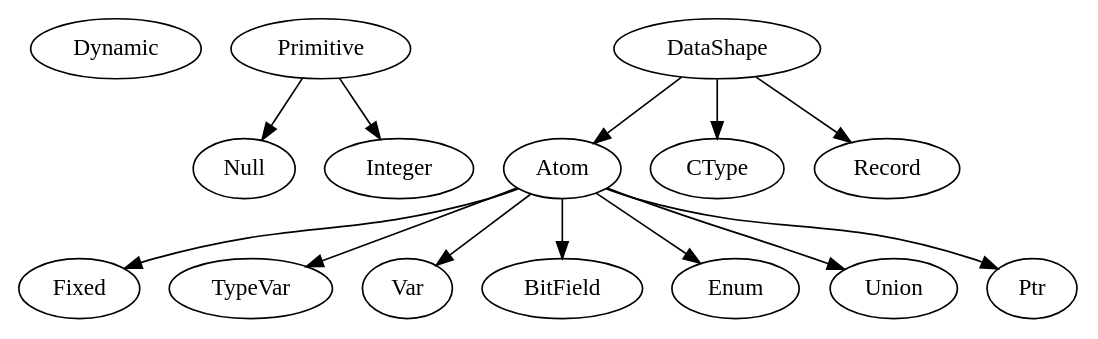
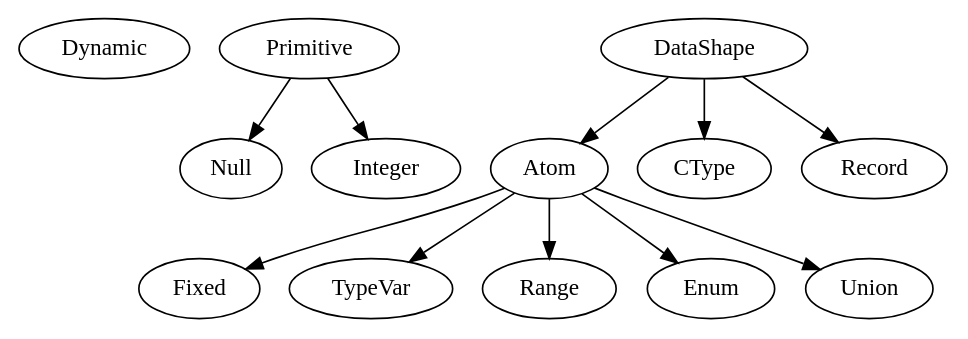
One commit to blaze/blaze changed the third of 3 diagrams in docs/source/types.rst. Above: the diagram before and after it, drawn with Graphviz. The commit also changed other lines of this file and 1 other file, not shown here.

```diff
--- a/docs/source/types.rst
+++ b/docs/source/types.rst
@@ -7,22 +54,19 @@
 .. graphviz::
 
-   digraph foo {
+   digraph top {
       Dynamic;
       Primitive -> Null;
       Primitive -> Integer;
 
       DataShape -> Atom;
       DataShape -> CType;
 
       Atom -> Fixed;
       Atom -> TypeVar;
-      Atom -> Var;
-      Atom -> BitField;
+      Atom -> Range;
 
       Atom -> Enum;
       Atom -> Union;
 
       DataShape -> Record;
-
-      Atom -> Ptr;
    }
```
